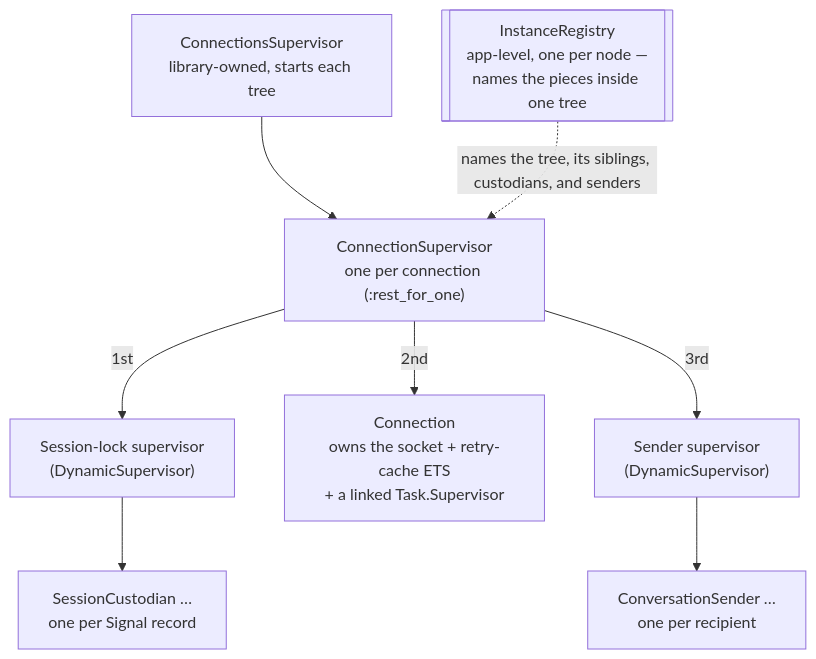
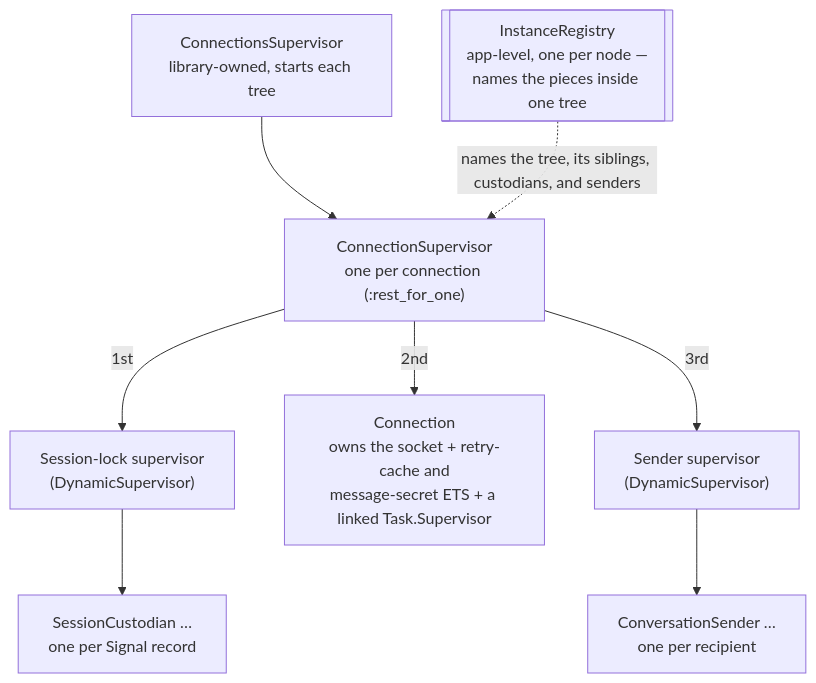
Before and after one commit to tubedude/amarula: the diagram in docs/INFRASTRUCTURE.md, drawn with Mermaid. The commit also changed other lines of this file and 19 other files, not shown here.

````diff
--- a/docs/INFRASTRUCTURE.md
+++ b/docs/INFRASTRUCTURE.md
@@ -32,17 +32,17 @@
 ```mermaid
 graph TD
     IR[["InstanceRegistry<br/>app-level, one per node —<br/>names the pieces inside one tree"]]
     ConnsSup["ConnectionsSupervisor<br/>library-owned, starts each tree"]
     TreeSup["ConnectionSupervisor<br/>one per connection (:rest_for_one)"]
     CustSup["Session-lock supervisor<br/>(DynamicSupervisor)"]
     Cust["SessionCustodian …<br/>one per Signal record"]
-    Conn["Connection<br/>owns the socket + retry-cache ETS<br/>+ a linked Task.Supervisor"]
+    Conn["Connection<br/>owns the socket + retry-cache and<br/>message-secret ETS + a linked Task.Supervisor"]
     SendSup["Sender supervisor<br/>(DynamicSupervisor)"]
     Sender["ConversationSender …<br/>one per recipient"]
 
     ConnsSup --> TreeSup
     TreeSup -->|1st| CustSup --> Cust
     TreeSup -->|2nd| Conn
     TreeSup -->|3rd| SendSup --> Sender
     IR -.->|names the tree, its siblings, custodians, and senders| TreeSup
 ```
````
